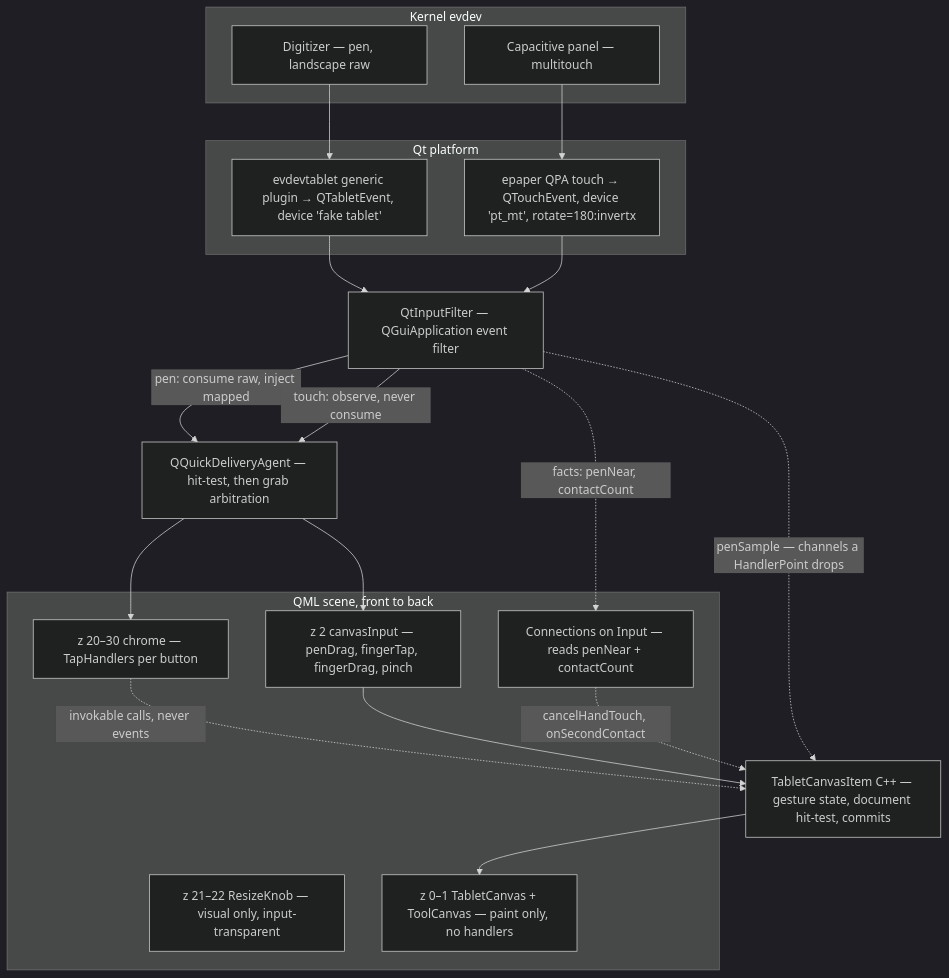
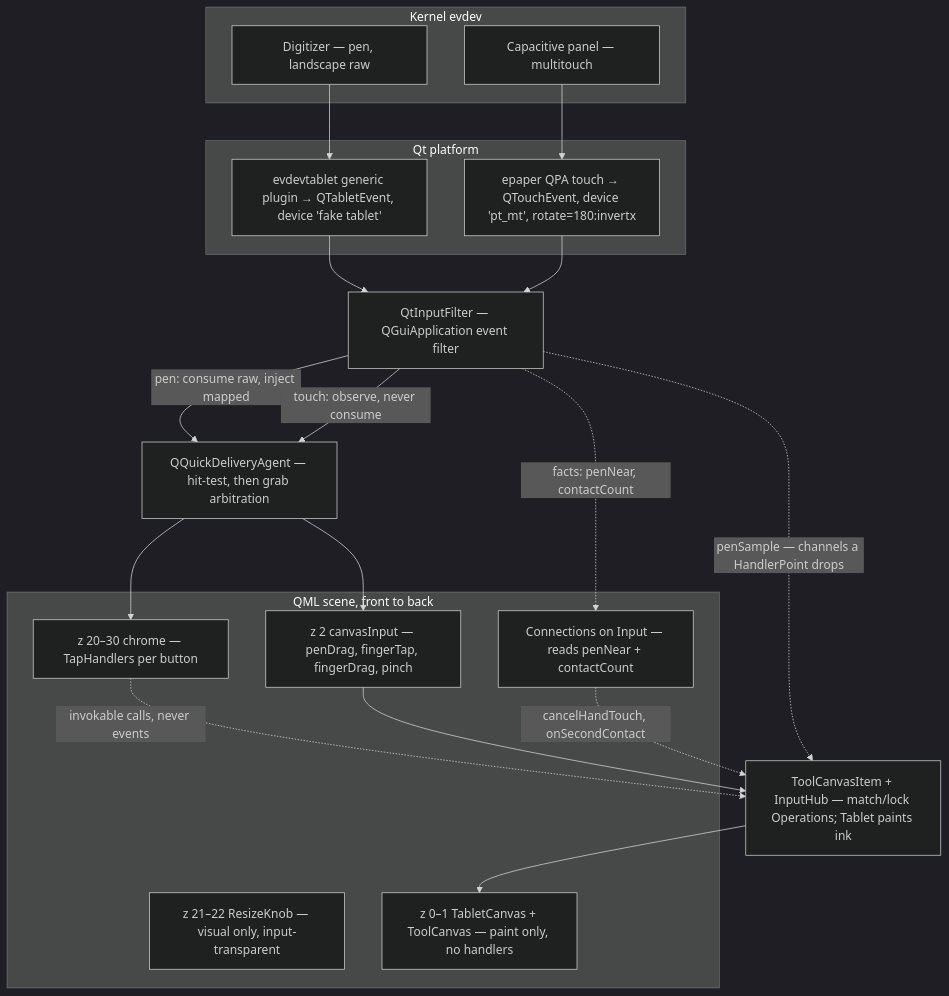
One commit to hoaidv/reawa changed the first of 4 diagrams in .docs/modules/epaper/features/event-system/event-flow.md. Above: the diagram before and after it, drawn with Mermaid (dark theme). The commit also changed other lines of this file and 104 other files, not shown here.

````diff
--- a/.docs/modules/epaper/features/event-system/event-flow.md
+++ b/.docs/modules/epaper/features/event-system/event-flow.md
@@ -27,33 +32,33 @@
 ```mermaid
 flowchart TB
   subgraph kernel["Kernel evdev"]
     dig["Digitizer — pen, landscape raw"]
     cap["Capacitive panel — multitouch"]
   end
   subgraph qpa["Qt platform"]
     tab["evdevtablet generic plugin → QTabletEvent, device 'fake tablet'"]
     tch["epaper QPA touch → QTouchEvent, device 'pt_mt', rotate=180:invertx"]
   end
   filt["QtInputFilter — QGuiApplication event filter"]
   agent["QQuickDeliveryAgent — hit-test, then grab arbitration"]
   subgraph qml["QML scene, front to back"]
     chrome["z 20–30 chrome — TapHandlers per button"]
     knobs["z 21–22 ResizeKnob — visual only, input-transparent"]
     input["z 2 canvasInput — penDrag, fingerTap, fingerDrag, pinch"]
     raster["z 0–1 TabletCanvas + ToolCanvas — paint only, no handlers"]
     policy["Connections on Input — reads penNear + contactCount"]
   end
-  canvas["TabletCanvasItem C++ — gesture state, document hit-test, commits"]
+    canvas["ToolCanvasItem + InputHub — match/lock Operations; Tablet paints ink"]
   dig --> tab --> filt
   cap --> tch --> filt
   filt -->|"pen: consume raw, inject mapped"| agent
   filt -->|"touch: observe, never consume"| agent
   filt -.->|"facts: penNear, contactCount"| policy
   filt -.->|"penSample — channels a HandlerPoint drops"| canvas
   agent --> chrome
   agent --> input
   chrome -.->|"invokable calls, never events"| canvas
   input --> canvas
   policy -.->|"cancelHandTouch, onSecondContact"| canvas
   canvas --> raster
 ```
````
